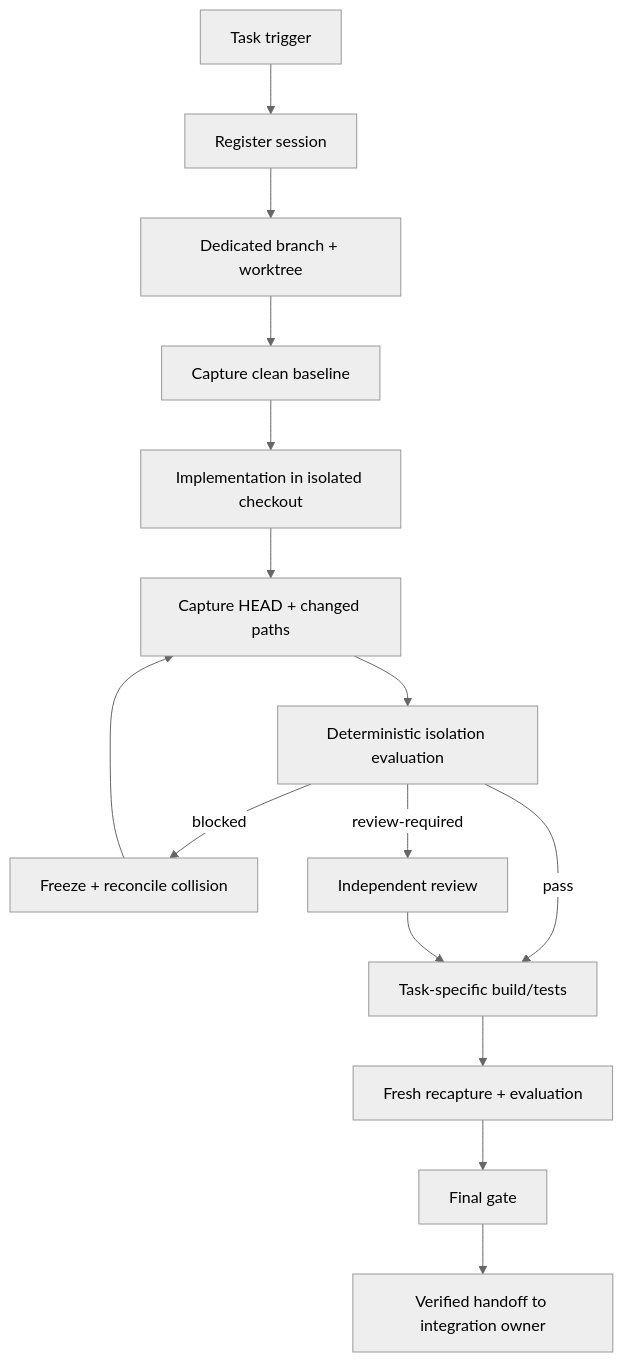
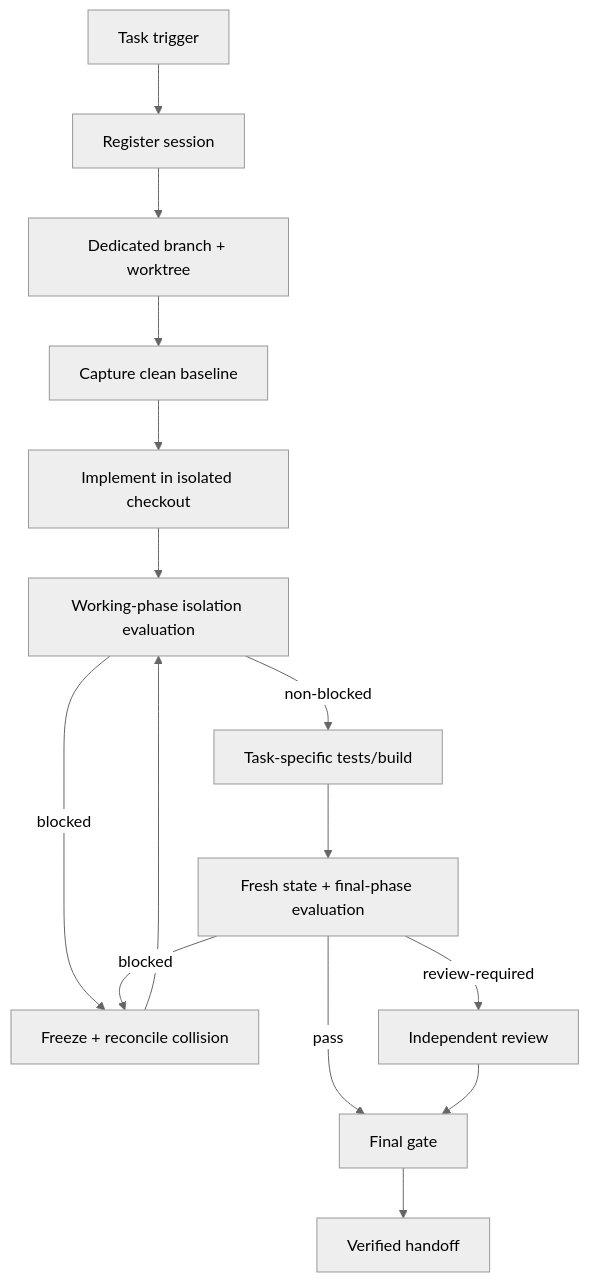
The diagram in Daily-AI-Engineering-Kit/agent-worktree-isolation-gate/README.md (hakodev2k/Daily-OpenAI), drawn with Mermaid (neutral theme) before and after one commit. The commit also changed other lines of this file, not shown here.

Commit message:
Daily-AI-Engineering-Kit for agent-worktree-isolation-gate

````diff
--- a/Daily-AI-Engineering-Kit/agent-worktree-isolation-gate/README.md
+++ b/Daily-AI-Engineering-Kit/agent-worktree-isolation-gate/README.md
@@ -40,17 +21,17 @@
 ```mermaid
 flowchart TD
     A[Task trigger] --> B[Register session]
     B --> C[Dedicated branch + worktree]
     C --> D[Capture clean baseline]
-    D --> E[Implementation in isolated checkout]
-    E --> F[Capture HEAD + changed paths]
-    F --> G[Deterministic isolation evaluation]
-    G -->|blocked| H[Freeze + reconcile collision]
-    H --> F
-    G -->|review-required| I[Independent review]
-    G -->|pass| J[Task-specific build/tests]
-    I --> J
-    J --> K[Fresh recapture + evaluation]
-    K --> L[Final gate]
-    L --> M[Verified handoff to integration owner]
+    D --> E[Implement in isolated checkout]
+    E --> F[Working-phase isolation evaluation]
+    F -->|blocked| G[Freeze + reconcile collision]
+    G --> F
+    F -->|non-blocked| H[Task-specific tests/build]
+    H --> I[Fresh state + final-phase evaluation]
+    I -->|blocked| G
+    I -->|review-required| J[Independent review]
+    I -->|pass| K[Final gate]
+    J --> K
+    K --> L[Verified handoff]
 ```
````
